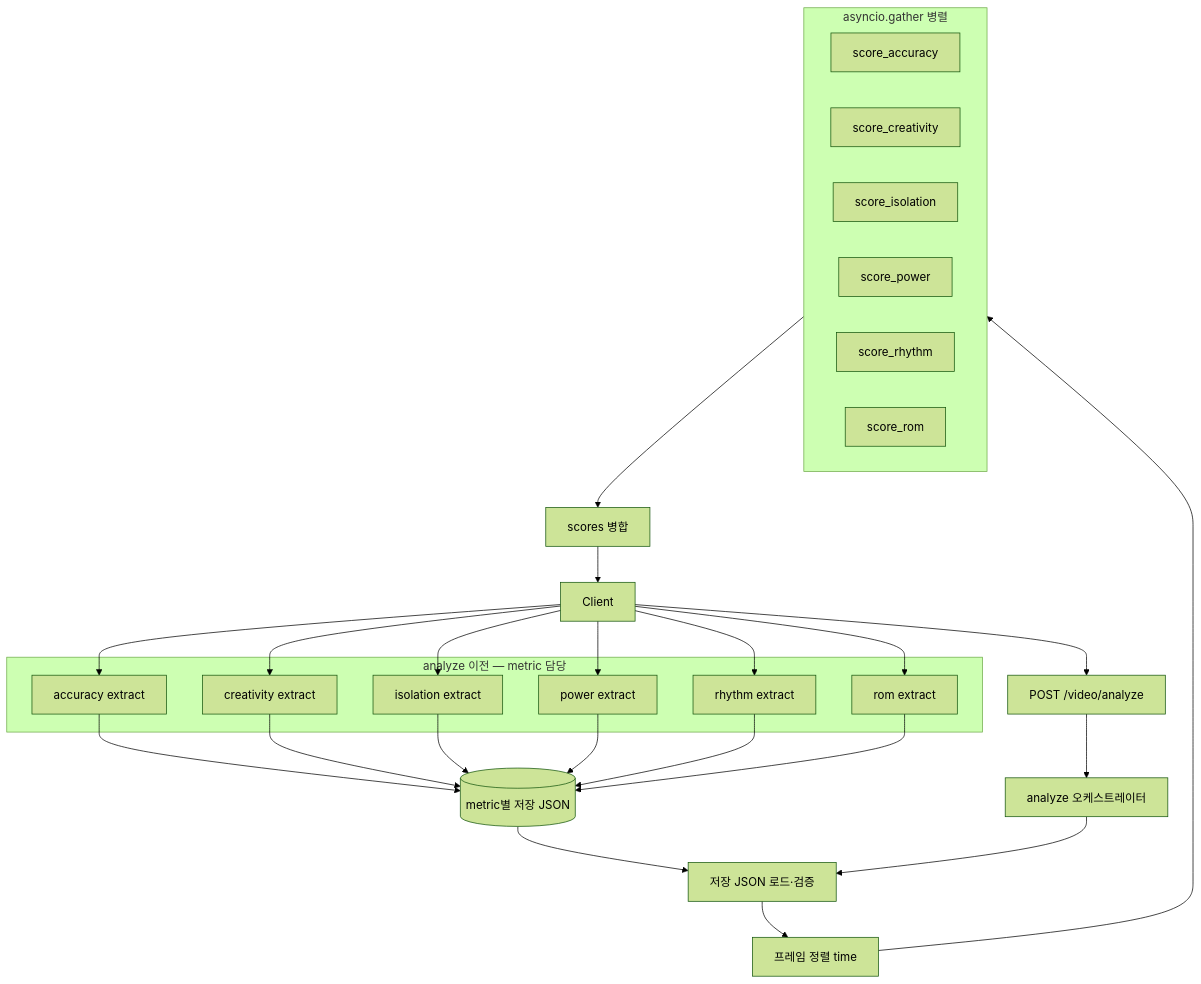
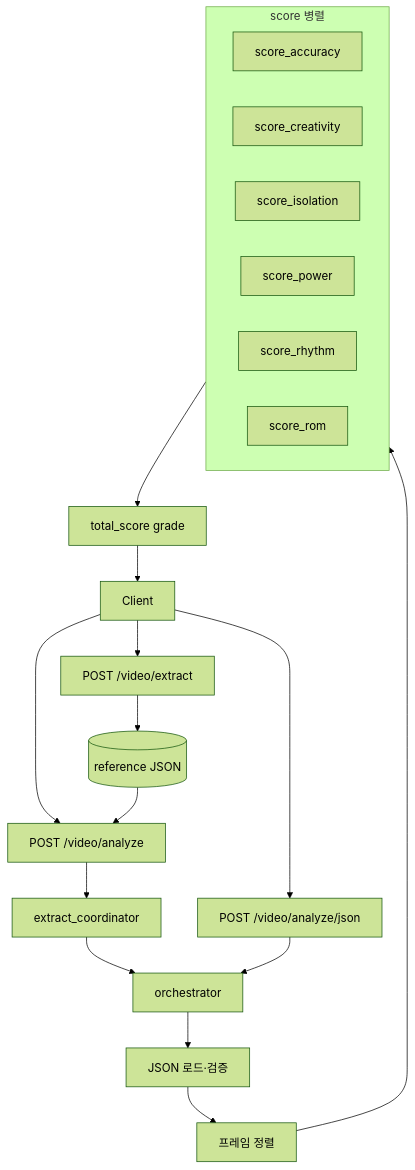
One commit to Hi-Six/FOM changed the first of 2 diagrams in backend1/metrics/docs/ARCHITECTURE.md. Above: the diagram before and after it, drawn with Mermaid (forest theme). The commit also changed other lines of this file and 52 other files, not shown here.

````diff
--- a/backend1/metrics/docs/ARCHITECTURE.md
+++ b/backend1/metrics/docs/ARCHITECTURE.md
@@ -175,67 +193,53 @@
 ```mermaid
 
 flowchart TB
 
   Client[Client]
 
-  subgraph pre [analyze 이전 — metric 담당]
+  ExtractOnce["POST /video/extract"]
 
-    E1[accuracy extract]
+  RefJSON[(reference JSON)]
 
-    E2[creativity extract]
+  AnalyzeUpload["POST /video/analyze"]
 
-    E3[isolation extract]
+  Coord[extract_coordinator]
 
-    E4[power extract]
+  AnalyzeJson["POST /video/analyze/json"]
 
-    E5[rhythm extract]
+  Orch[orchestrator]
 
-    E6[rom extract]
+  Load[JSON 로드·검증]
 
-  end
+  Align[프레임 정렬]
 
-  Store[(metric별 저장 JSON)]
-
-  Analyze["POST /video/analyze"]
-
-  Orch[analyze 오케스트레이터]
-
-  Load[저장 JSON 로드·검증]
-
-  Align[프레임 정렬 time]
-
-  subgraph parallel [asyncio.gather 병렬]
+  subgraph parallel [score 병렬]
 
     A[score_accuracy]
 
     C[score_creativity]
 
     I[score_isolation]
 
     P[score_power]
 
     R[score_rhythm]
 
     ROM[score_rom]
 
   end
 
-  Merge[scores 병합]
+  Merge[total_score grade]
 
 
 
-  Client --> E1 & E2 & E3 & E4 & E5 & E6
+  Client --> ExtractOnce --> RefJSON
 
-  E1 & E2 & E3 & E4 & E5 & E6 --> Store
+  Client --> AnalyzeUpload --> Coord --> Orch
 
-  Client --> Analyze --> Orch
+  RefJSON --> AnalyzeUpload
 
-  Store --> Load
+  Client --> AnalyzeJson --> Orch
 
-  Orch --> Load --> Align
-
-  Align --> parallel
-
-  parallel --> Merge --> Client
+  Orch --> Load --> Align --> parallel --> Merge --> Client
 
 ```
````
